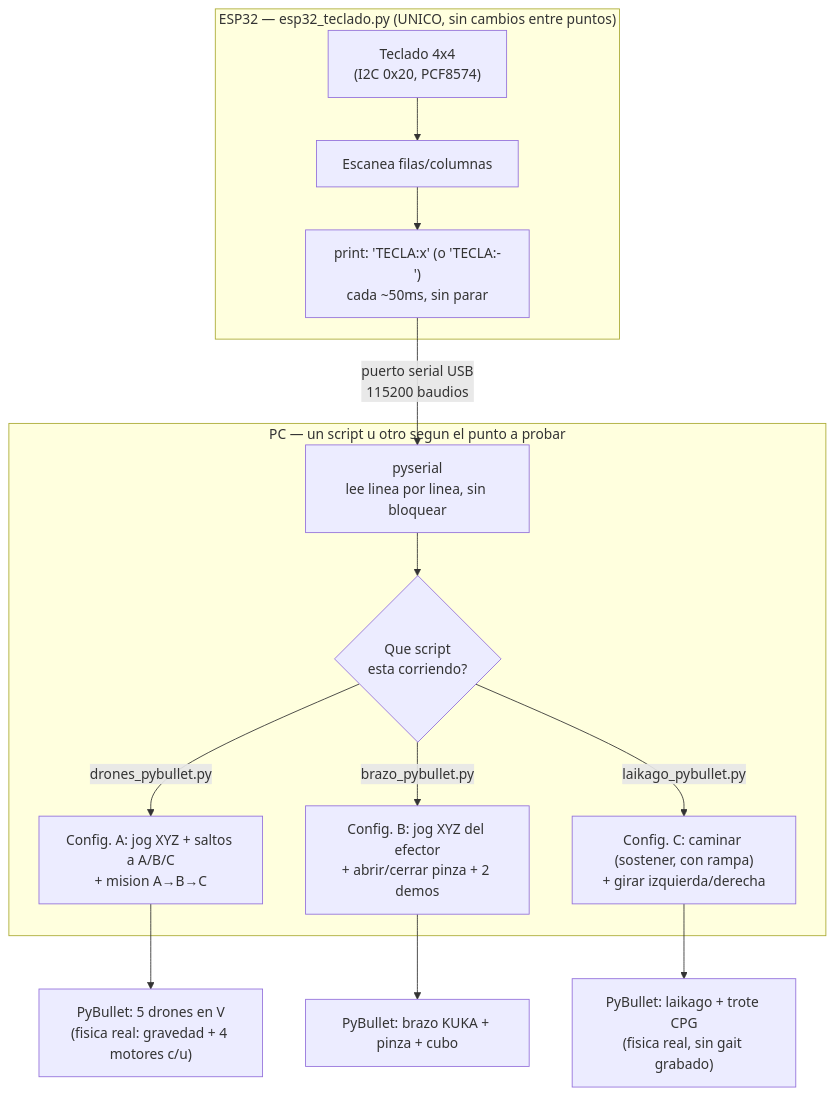
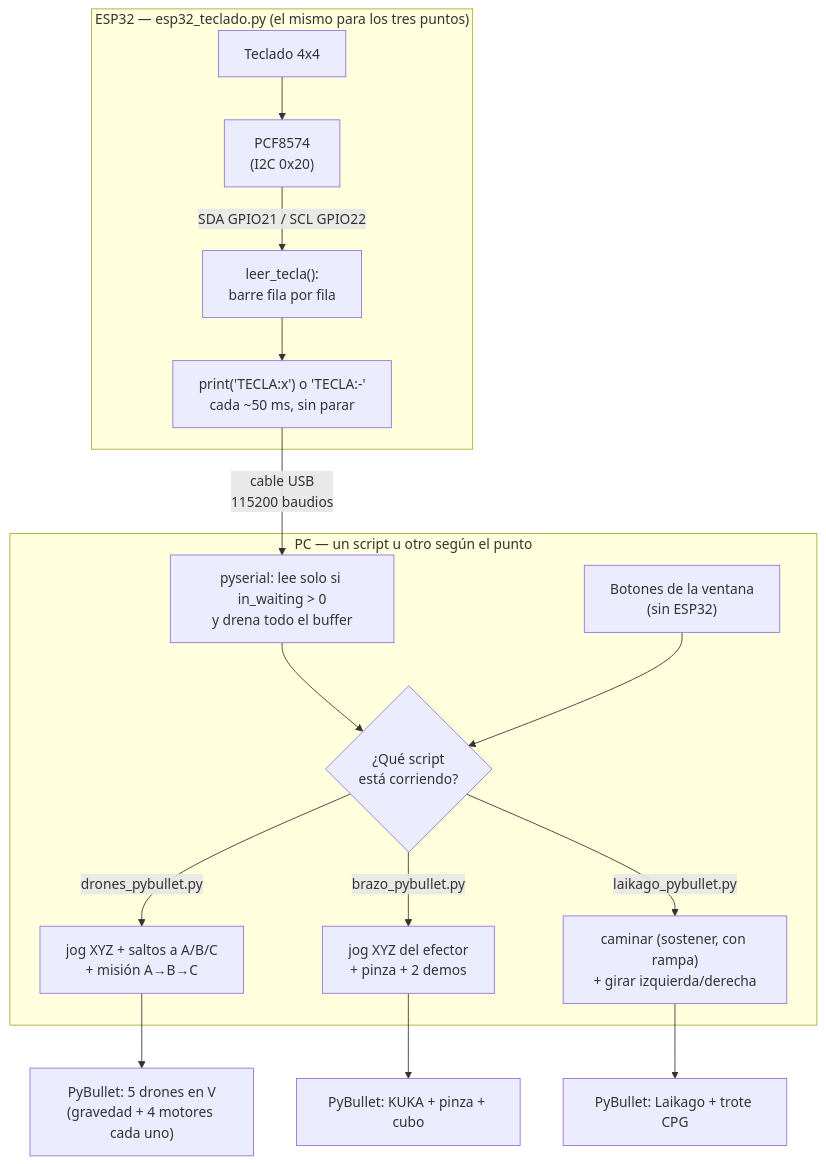
The first of 2 diagrams in 9-taller-segundo-corte/README.md (Dathinel/Sensores-Teoria), drawn with Mermaid before and after one commit. The commit also changed other lines of this file and 154 other files, not shown here.

````diff
--- a/9-taller-segundo-corte/README.md
+++ b/9-taller-segundo-corte/README.md
@@ -53,20 +52,22 @@
 ```mermaid
 flowchart TD
-    subgraph ESP["ESP32 — esp32_teclado.py (UNICO, sin cambios entre puntos)"]
-        Teclado["Teclado 4x4<br/>(I2C 0x20, PCF8574)"] --> Lee["Escanea filas/columnas"]
-        Lee --> Envia["print: 'TECLA:x' (o 'TECLA:-')<br/>cada ~50ms, sin parar"]
+    subgraph ESP["ESP32 — esp32_teclado.py (el mismo para los tres puntos)"]
+        Teclado["Teclado 4x4"] --> PCF["PCF8574<br/>(I2C 0x20)"]
+        PCF -->|"SDA GPIO21 / SCL GPIO22"| Lee["leer_tecla():<br/>barre fila por fila"]
+        Lee --> Envia["print('TECLA:x') o 'TECLA:-'<br/>cada ~50 ms, sin parar"]
     end
 
-    Envia -->|"puerto serial USB<br/>115200 baudios"| Recibe
+    Envia -->|"cable USB<br/>115200 baudios"| Recibe
 
-    subgraph PC["PC — un script u otro segun el punto a probar"]
-        Recibe["pyserial<br/>lee linea por linea, sin bloquear"] --> Config{"Que script<br/>esta corriendo?"}
-        Config -->|"drones_pybullet.py"| Drones["Config. A: jog XYZ + saltos a A/B/C<br/>+ mision A→B→C"]
-        Config -->|"brazo_pybullet.py"| Brazo["Config. B: jog XYZ del efector<br/>+ abrir/cerrar pinza + 2 demos"]
-        Config -->|"laikago_pybullet.py"| Patas["Config. C: caminar (sostener, con rampa)<br/>+ girar izquierda/derecha"]
+    subgraph PC["PC — un script u otro según el punto"]
+        Recibe["pyserial: lee solo si in_waiting > 0<br/>y drena todo el buffer"] --> Config{"¿Qué script<br/>está corriendo?"}
+        Botones["Botones de la ventana<br/>(sin ESP32)"] --> Config
+        Config -->|"drones_pybullet.py"| Drones["jog XYZ + saltos a A/B/C<br/>+ misión A→B→C"]
+        Config -->|"brazo_pybullet.py"| Brazo["jog XYZ del efector<br/>+ pinza + 2 demos"]
+        Config -->|"laikago_pybullet.py"| Patas["caminar (sostener, con rampa)<br/>+ girar izquierda/derecha"]
     end
 
-    Drones --> SimDrones["PyBullet: 5 drones en V<br/>(fisica real: gravedad + 4 motores c/u)"]
-    Brazo --> SimBrazo["PyBullet: brazo KUKA + pinza + cubo"]
-    Patas --> SimPatas["PyBullet: laikago + trote CPG<br/>(fisica real, sin gait grabado)"]
+    Drones --> SimDrones["PyBullet: 5 drones en V<br/>(gravedad + 4 motores cada uno)"]
+    Brazo --> SimBrazo["PyBullet: KUKA + pinza + cubo"]
+    Patas --> SimPatas["PyBullet: Laikago + trote CPG"]
 ```
````
